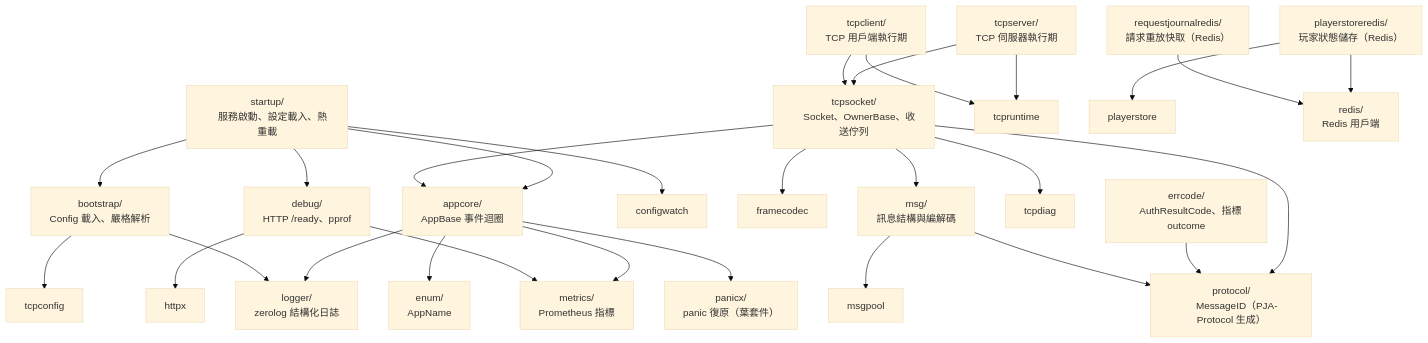
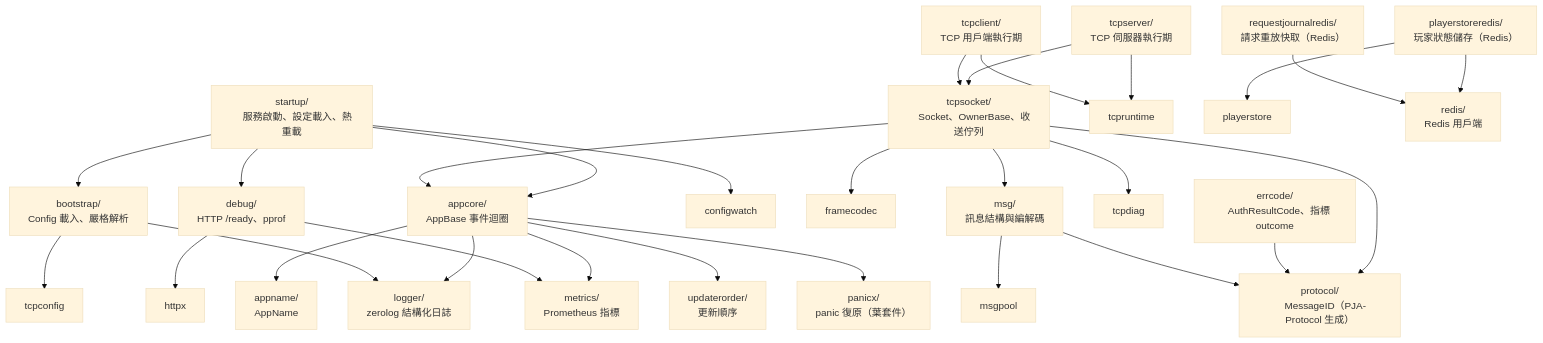
The second of 2 diagrams in 00-導讀/模組關係.md (koebel0521/docs), drawn with Mermaid (base theme) before and after one commit. The commit also changed other lines of this file and 7 other files, not shown here.

````diff
--- a/00-導讀/模組關係.md
+++ b/00-導讀/模組關係.md
@@ -59,61 +59,64 @@
 ```mermaid
 graph TD
     startup["startup/
     服務啟動、設定載入、熱重載"] --> appcore
     startup --> bootstrap
     startup --> debug
     startup --> configwatch
 
     tcpserver["tcpserver/
     TCP 伺服器執行期"] --> tcpsocket
     tcpserver --> tcpruntime
     tcpclient["tcpclient/
     TCP 用戶端執行期"] --> tcpsocket
     tcpclient --> tcpruntime
     tcpsocket["tcpsocket/
     Socket、OwnerBase、收送佇列"] --> framecodec
     tcpsocket --> msg
     tcpsocket --> protocol
     tcpsocket --> tcpdiag
     tcpsocket --> appcore
 
     appcore["appcore/
-    AppBase 事件迴圈"] --> enum
+    AppBase 事件迴圈"] --> appname
+    appcore --> updaterorder
     appcore --> metrics
     appcore --> logger
     appcore --> panicx
 
     errcode["errcode/
     AuthResultCode、指標 outcome"] --> protocol
 
     msg["msg/
     訊息結構與編解碼"] --> protocol
     msg --> msgpool
 
     bootstrap["bootstrap/
     Config 載入、嚴格解析"] --> tcpconfig
     bootstrap --> logger
 
     playerstoreredis["playerstoreredis/
     玩家狀態儲存（Redis）"] --> playerstore
     playerstoreredis --> redis
     requestjournalredis["requestjournalredis/
     請求重放快取（Redis）"] --> redis
 
     debug["debug/
     HTTP /ready、pprof"] --> httpx
     debug --> metrics
 
     redis["redis/
     Redis 用戶端"]
     metrics["metrics/
     Prometheus 指標"]
     logger["logger/
     zerolog 結構化日誌"]
-    enum["enum/
+    appname["appname/
     AppName"]
+    updaterorder["updaterorder/
+    更新順序"]
     panicx["panicx/
     panic 復原（葉套件）"]
     protocol["protocol/
     MessageID（PJA-Protocol 生成）"]
 ```
````
